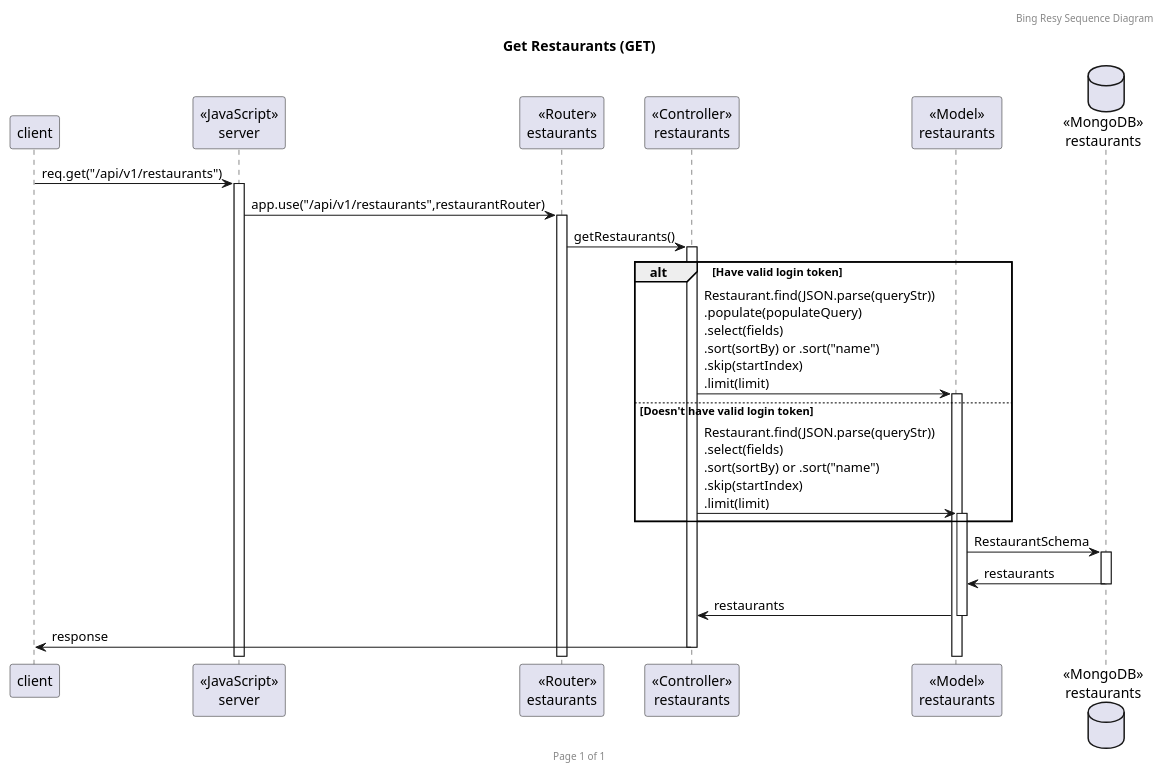
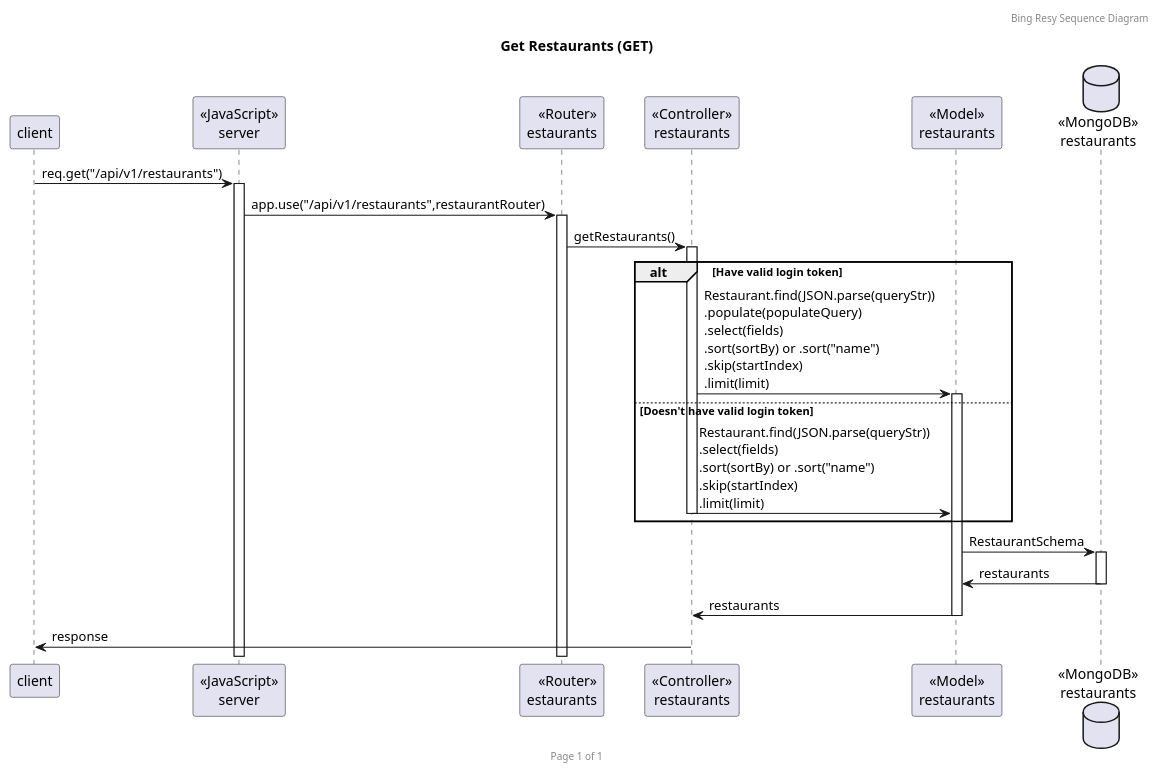
The diagram in PUMLs/getRestaurants.puml (NewBieCoderXD/SW_backend_project), drawn with PlantUML before and after one commit. The commit also changed 2 other files, not shown here.

Commit message:
add checkToken and checkRole to restaurants route

```diff
--- a/PUMLs/getRestaurants.puml
+++ b/PUMLs/getRestaurants.puml
@@ -1,27 +1,27 @@
 @startuml
 
 header Bing Resy Sequence Diagram
 footer Page %page% of %lastpage%
 title "Get Restaurants (GET)"
 
 participant "client" as client
 participant "<<JavaScript>>\nserver" as server
 participant "<<Router>>\restaurants" as restaurantsRouter
 participant "<<Controller>>\nrestaurants" as restaurantsController
 participant "<<Model>>\nrestaurants" as restaurantsModel
 database "<<MongoDB>>\nrestaurants" as restaurantsDatabase
 
 client -> server ++: req.get("/api/v1/restaurants")
 server -> restaurantsRouter ++: app.use("/api/v1/restaurants",restaurantRouter)
 restaurantsRouter -> restaurantsController ++: getRestaurants()
 alt Have valid login token
     restaurantsController -> restaurantsModel ++: Restaurant.find(JSON.parse(queryStr))\n.populate(populateQuery)\n.select(fields)\n.sort(sortBy) or .sort("name")\n.skip(startIndex)\n.limit(limit)
 else Doesn't have valid login token
-    restaurantsController -> restaurantsModel ++: Restaurant.find(JSON.parse(queryStr))\n.select(fields)\n.sort(sortBy) or .sort("name")\n.skip(startIndex)\n.limit(limit)
+    restaurantsController -> restaurantsModel --: Restaurant.find(JSON.parse(queryStr))\n.select(fields)\n.sort(sortBy) or .sort("name")\n.skip(startIndex)\n.limit(limit)
 end
 restaurantsModel -> restaurantsDatabase ++:RestaurantSchema
 restaurantsDatabase -> restaurantsModel --:restaurants
 restaurantsModel -> restaurantsController --:restaurants
 restaurantsController -> client --:response
 
 @enduml
```
